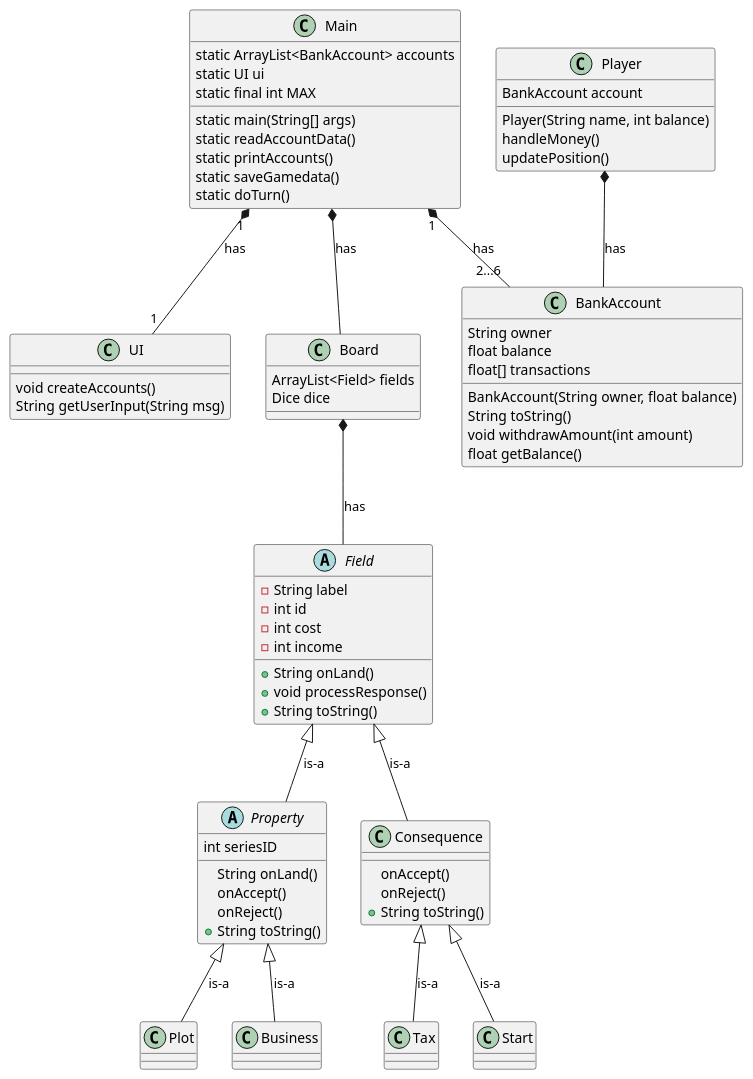
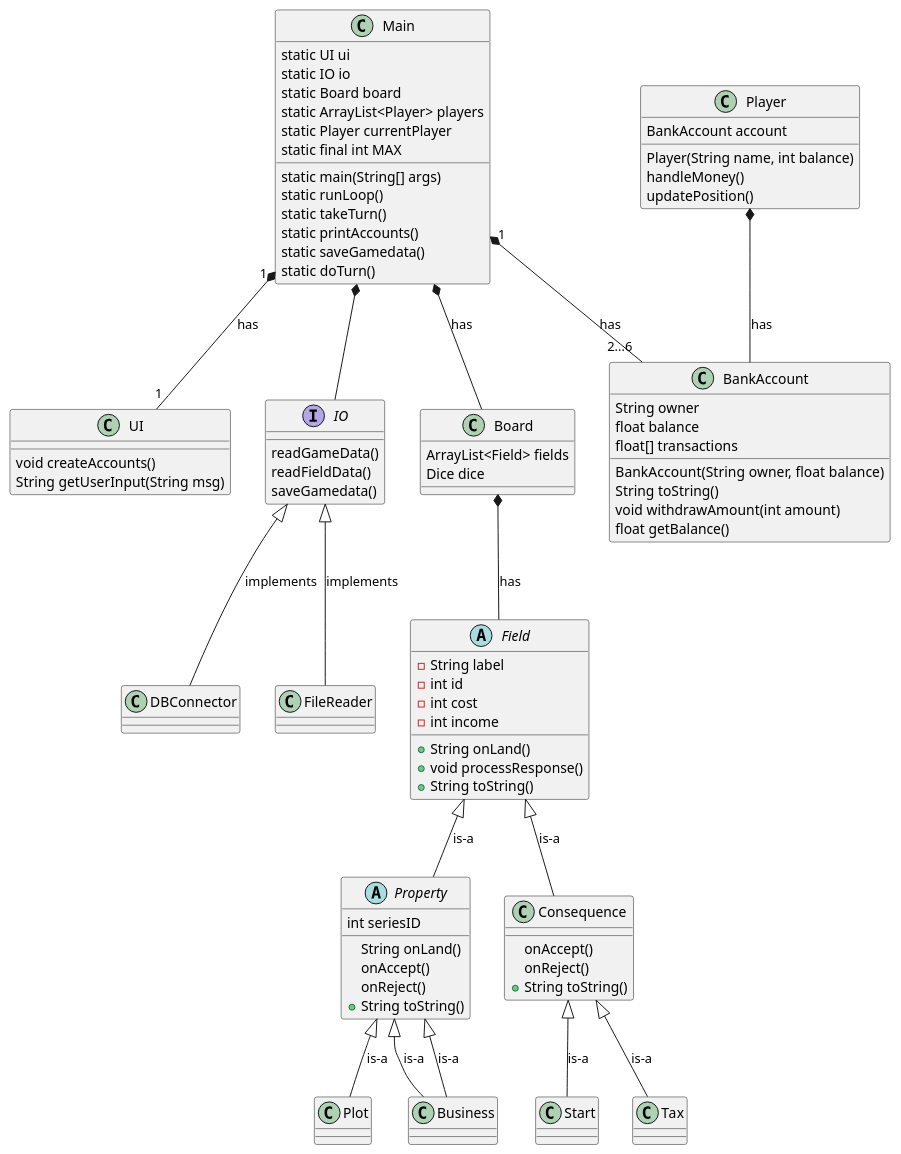
The diagram in Arbejdsmappe/IntelliJ/Tess Matador/E2021Matador-master/UML/ThisProject.puml (coerth/Opgaver), drawn with PlantUML before and after one commit. The commit also changed 52 other files, not shown here.

```diff
--- a/Arbejdsmappe/IntelliJ/Tess Matador/E2021Matador-master/UML/ThisProject.puml
+++ b/Arbejdsmappe/IntelliJ/Tess Matador/E2021Matador-master/UML/ThisProject.puml
@@ -1,65 +1,84 @@
 @startuml
 abstract class Field
 abstract class Property
+interface IO
+class FileReader
+class DBConnector
+Main *-- IO
 Main "1" *-- "2...6" BankAccount : has
 Main "1" *-- "1" UI : has
+Main *-- Board : has
 Player *-- BankAccount : has
 Field <|-- Consequence : is-a
 Field <|-- Property : is-a
-Main *-- Board : has
+
 Board *-- Field : has
 Consequence <|-- Tax : is-a
 Consequence <|-- Start : is-a
 Property <|-- Plot : is-a
 Property <|-- Business : is-a
+Property <|-- Business : is-a
+IO <|-- FileReader: implements
+IO <|-- DBConnector: implements
 
-Main : static ArrayList<BankAccount> accounts
+
 Main : static UI ui
+Main : static IO io
+Main : static Board board
+Main : static ArrayList<Player> players
+Main : static Player currentPlayer
 Main : static final int MAX
+
 Main : static main(String[] args)
-Main : static readAccountData()
+Main : static runLoop()
+Main : static takeTurn()
 Main : static printAccounts()
 Main : static saveGamedata()
 Main : static doTurn()
+
+
 
 Board : ArrayList<Field> fields
 Board : Dice dice
 
 BankAccount : BankAccount(String owner, float balance)
 BankAccount : String owner
 BankAccount : float balance
 BankAccount : float[] transactions
 
 BankAccount : String toString()
 BankAccount : void withdrawAmount(int amount)
 BankAccount : float getBalance()
 
 UI : void createAccounts()
 UI : String getUserInput(String msg)
 
 Field : - String label
 Field : - int id
 Field : - int cost
 Field : - int income
 Field : + String onLand()
 Field : + void processResponse()
 Field : + String toString()
 
 Property : int seriesID
 Property : String onLand()
 Property : onAccept()
 Property : onReject()
 Property : + String toString()
 
 
 
 Consequence : onAccept()
 Consequence : onReject()
 Consequence : + String toString()
 
 Player : BankAccount account
 Player : Player(String name, int balance)
 Player : handleMoney()
 Player : updatePosition()
 
+IO : readGameData()
+IO : readFieldData()
+IO : saveGamedata()
 @enduml
```
